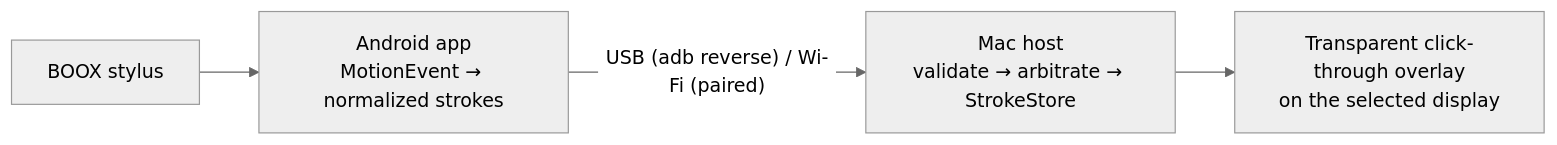
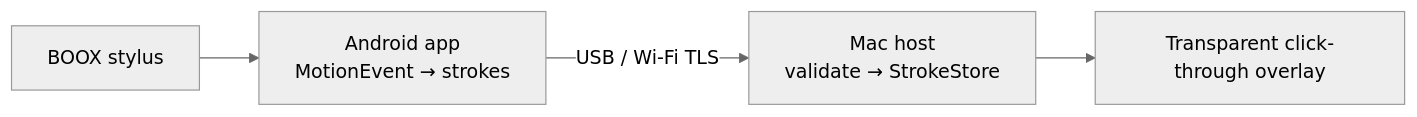
Before and after one commit to armineyvazi/inkbridge: the diagram in README.md, drawn with Mermaid (neutral theme). The commit also changed other lines of this file and 113 other files, not shown here.

````diff
--- a/README.md
+++ b/README.md
@@ -20,6 +18,6 @@
 ```mermaid
 flowchart LR
-  Pen[BOOX stylus] --> A["Android app<br/>MotionEvent → normalized strokes"]
-  A -- "USB (adb reverse) / Wi-Fi (paired)" --> M["Mac host<br/>validate → arbitrate → StrokeStore"]
-  M --> O["Transparent click-through overlay<br/>on the selected display"]
+  Pen[BOOX stylus] --> A["Android app<br/>MotionEvent → strokes"]
+  A -- "USB / Wi-Fi TLS" --> M["Mac host<br/>validate → StrokeStore"]
+  M --> O["Transparent click-through overlay"]
 ```
````
